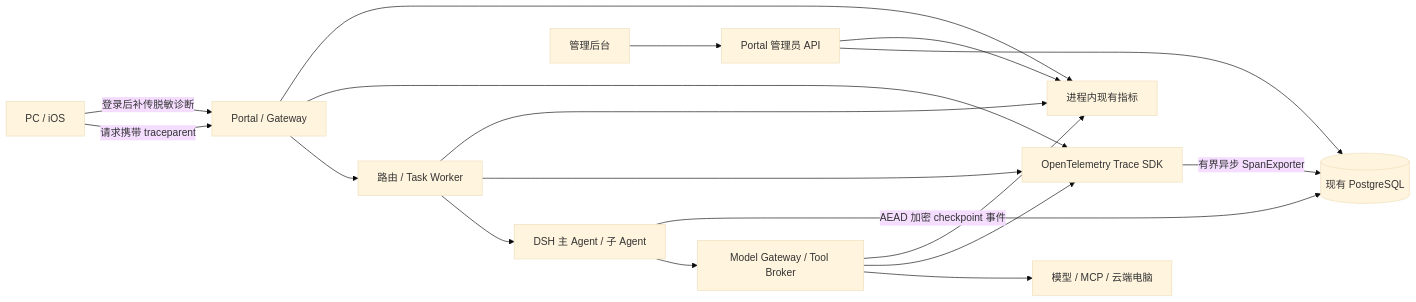
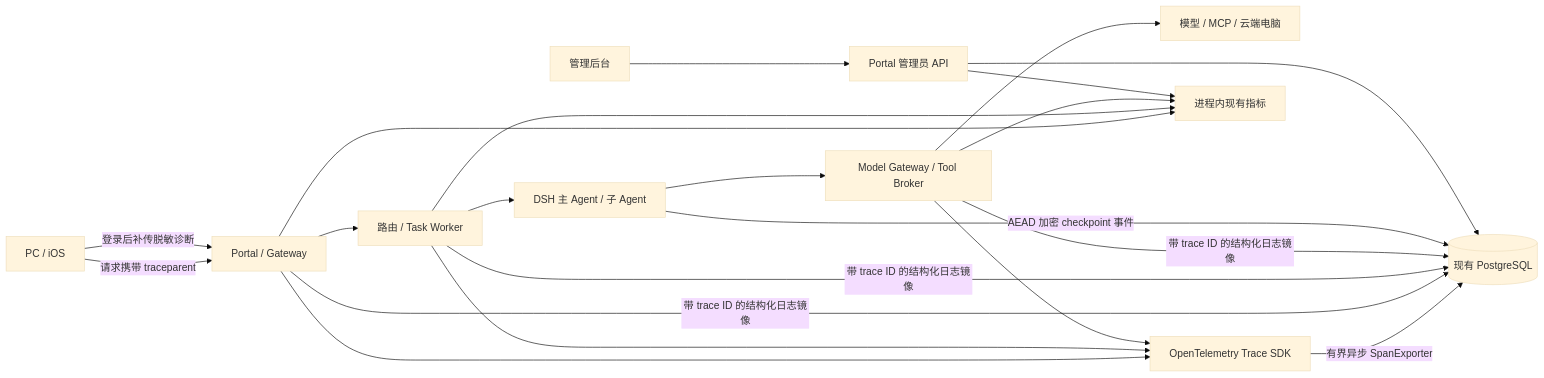
One commit to lizhongxuan/morde changed the diagram in docs/design/Morde-Harness可观测系统设计方案.md. Above: the diagram before and after it, drawn with Mermaid (base theme). The commit also changed other lines of this file and 131 other files, not shown here.

````diff
--- a/docs/design/Morde-Harness可观测系统设计方案.md
+++ b/docs/design/Morde-Harness可观测系统设计方案.md
@@ -13,15 +13,16 @@
 ```mermaid
 flowchart LR
   C[PC / iOS] -->|请求携带 traceparent| P[Portal / Gateway]
   P --> W[路由 / Task Worker]
   W --> D[DSH 主 Agent / 子 Agent]
   D --> B[Model Gateway / Tool Broker]
   B --> H[模型 / MCP / 云端电脑]
   C -->|登录后补传脱敏诊断| P
   P & W & B --> T[OpenTelemetry Trace SDK]
   T -->|有界异步 SpanExporter| L[(现有 PostgreSQL)]
+  P & W & B -->|带 trace ID 的结构化日志镜像| L
   D -->|AEAD 加密 checkpoint 事件| L
   P & W & B --> M[进程内现有指标]
   A[管理后台] --> Q[Portal 管理员 API]
   Q --> L & M
 ```
````
